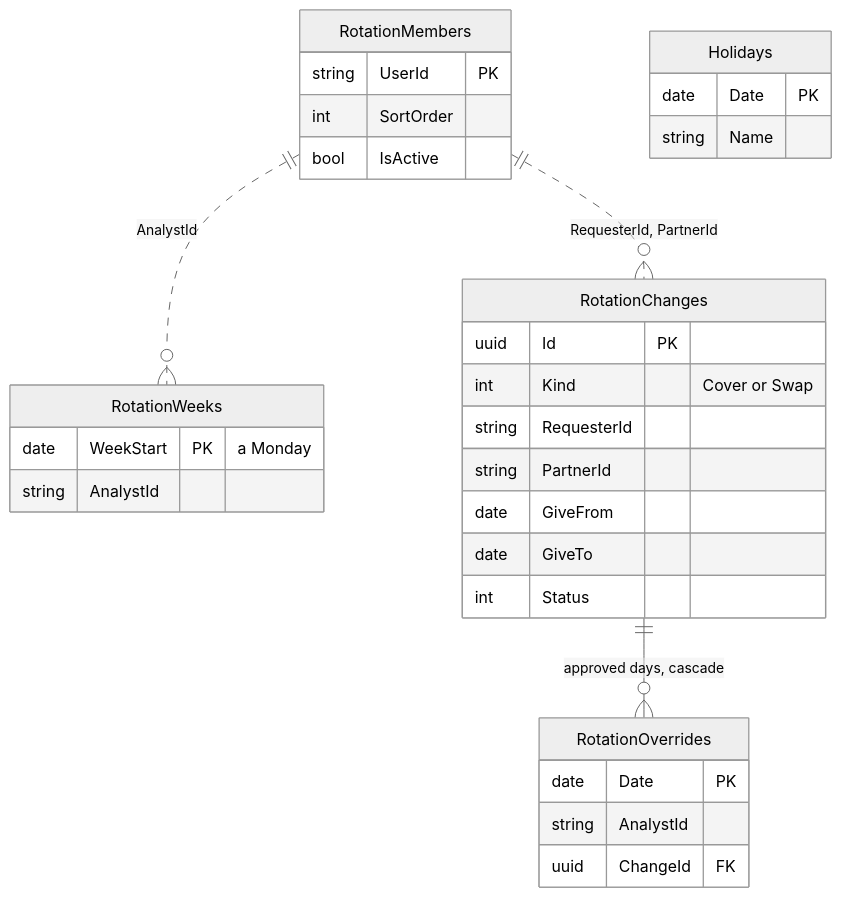
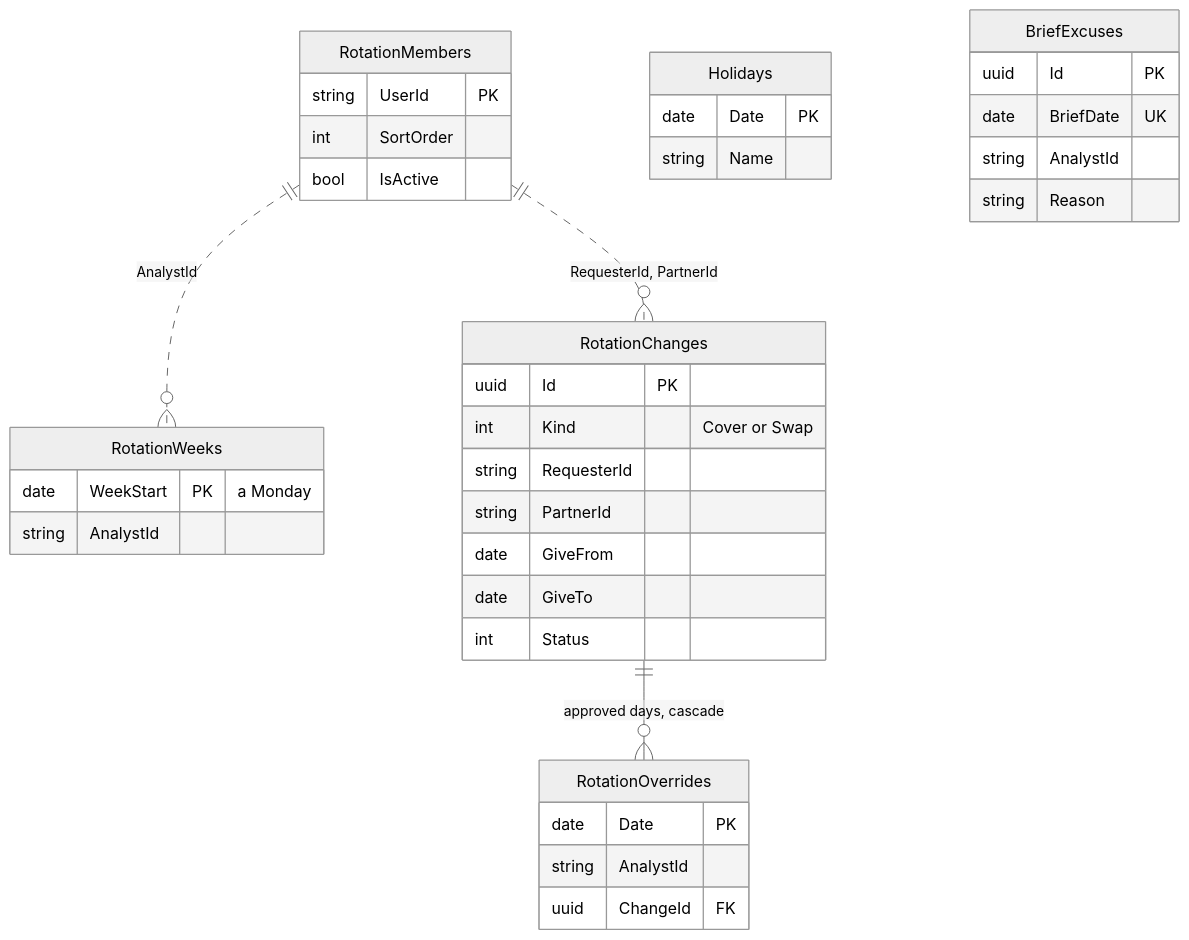
The ninth of 12 diagrams in docs/architecture/data-model.md (jashley92/Tide), drawn with Mermaid (neutral theme) before and after one commit. The commit also changed other lines of this file and 50 other files, not shown here.

First line of the commit message:
Brief timeliness, a Manager role, Reports tabs and team commitments by person (#251)

````diff
--- a/docs/architecture/data-model.md
+++ b/docs/architecture/data-model.md
@@ -472,34 +472,40 @@
 ```mermaid
 erDiagram
     RotationMembers ||..o{ RotationWeeks : "AnalystId"
     RotationChanges ||--o{ RotationOverrides : "approved days, cascade"
     RotationMembers ||..o{ RotationChanges : "RequesterId, PartnerId"
 
     RotationMembers {
         string UserId PK
         int SortOrder
         bool IsActive
     }
     RotationWeeks {
         date WeekStart PK "a Monday"
         string AnalystId
     }
     RotationChanges {
         uuid Id PK
         int Kind "Cover or Swap"
         string RequesterId
         string PartnerId
         date GiveFrom
         date GiveTo
         int Status
     }
     RotationOverrides {
         date Date PK
         string AnalystId
         uuid ChangeId FK
     }
     Holidays {
         date Date PK
         string Name
     }
+    BriefExcuses {
+        uuid Id PK
+        date BriefDate UK
+        string AnalystId
+        string Reason
+    }
 ```
````
